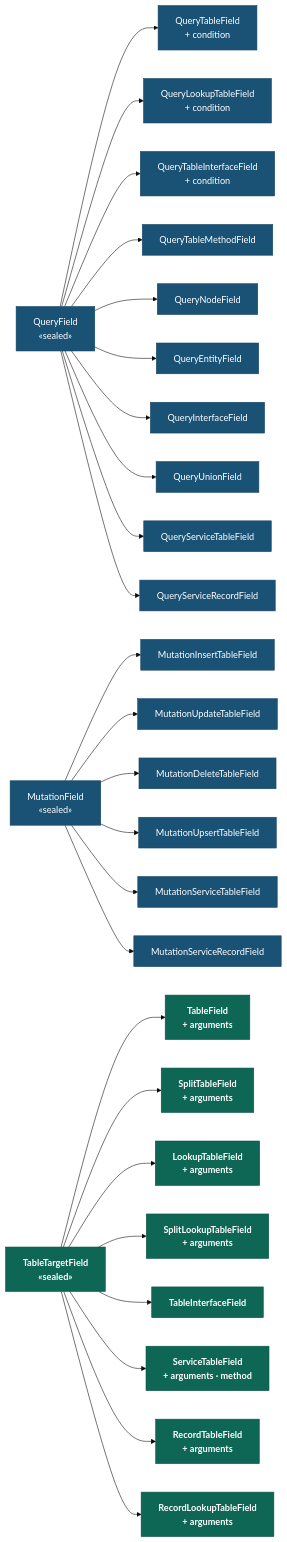
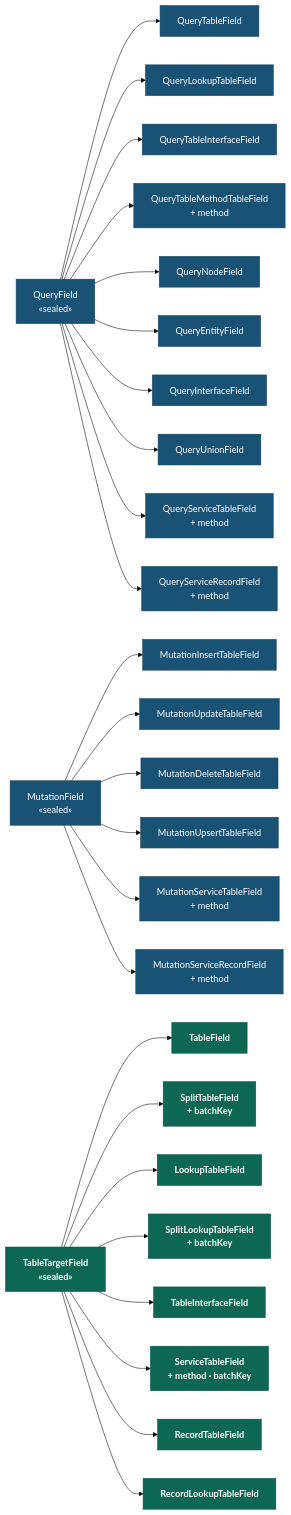
Before and after one commit to sikt-no/graphitron: the second of 4 diagrams in docs/rewrite-model.md, drawn with Mermaid (base theme). The commit also changed other lines of this file, not shown here.

````diff
--- a/docs/rewrite-model.md
+++ b/docs/rewrite-model.md
@@ -60,35 +59,35 @@
 ```mermaid
 graph LR
     classDef rootf fill:#1A5276,stroke:#154360,color:#fff
     classDef ttf   fill:#0E6655,stroke:#0A5344,color:#fff,font-weight:bold
 
     QF["QueryField\n«sealed»"]:::rootf
-    QF --> QTF["QueryTableField\n+ condition"]:::rootf
-    QF --> QLF["QueryLookupTableField\n+ condition"]:::rootf
-    QF --> QTI["QueryTableInterfaceField\n+ condition"]:::rootf
-    QF --> QTMF["QueryTableMethodField"]:::rootf
+    QF --> QTF["QueryTableField"]:::rootf
+    QF --> QLF["QueryLookupTableField"]:::rootf
+    QF --> QTI["QueryTableInterfaceField"]:::rootf
+    QF --> QTMF["QueryTableMethodTableField\n+ method"]:::rootf
     QF --> QNF["QueryNodeField"]:::rootf
     QF --> QEF["QueryEntityField"]:::rootf
     QF --> QIF["QueryInterfaceField"]:::rootf
     QF --> QUF["QueryUnionField"]:::rootf
-    QF --> QSTF["QueryServiceTableField"]:::rootf
-    QF --> QSRF["QueryServiceRecordField"]:::rootf
+    QF --> QSTF["QueryServiceTableField\n+ method"]:::rootf
+    QF --> QSRF["QueryServiceRecordField\n+ method"]:::rootf
 
     MF["MutationField\n«sealed»"]:::rootf
     MF --> MIF["MutationInsertTableField"]:::rootf
     MF --> MUF["MutationUpdateTableField"]:::rootf
     MF --> MDF["MutationDeleteTableField"]:::rootf
     MF --> MUpF["MutationUpsertTableField"]:::rootf
-    MF --> MSTF["MutationServiceTableField"]:::rootf
-    MF --> MSRF["MutationServiceRecordField"]:::rootf
+    MF --> MSTF["MutationServiceTableField\n+ method"]:::rootf
+    MF --> MSRF["MutationServiceRecordField\n+ method"]:::rootf
 
     TTF["TableTargetField\n«sealed»"]:::ttf
-    TTF --> TF["TableField\n+ arguments"]:::ttf
-    TTF --> STF["SplitTableField\n+ arguments"]:::ttf
-    TTF --> LF["LookupTableField\n+ arguments"]:::ttf
-    TTF --> SLF["SplitLookupTableField\n+ arguments"]:::ttf
+    TTF --> TF["TableField"]:::ttf
+    TTF --> STF["SplitTableField\n+ batchKey"]:::ttf
+    TTF --> LF["LookupTableField"]:::ttf
+    TTF --> SLF["SplitLookupTableField\n+ batchKey"]:::ttf
     TTF --> TIF["TableInterfaceField"]:::ttf
-    TTF --> SVCTF["ServiceTableField\n+ arguments · method"]:::ttf
-    TTF --> RTF["RecordTableField\n+ arguments"]:::ttf
-    TTF --> RLF["RecordLookupTableField\n+ arguments"]:::ttf
+    TTF --> SVCTF["ServiceTableField\n+ method · batchKey"]:::ttf
+    TTF --> RTF["RecordTableField"]:::ttf
+    TTF --> RLF["RecordLookupTableField"]:::ttf
 ```
````
